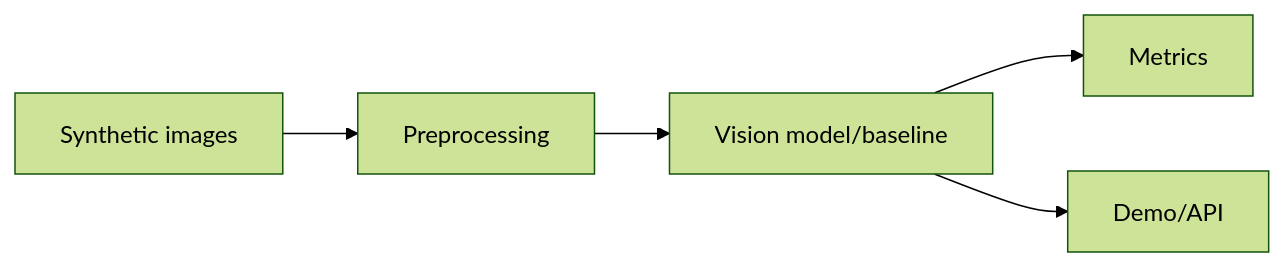
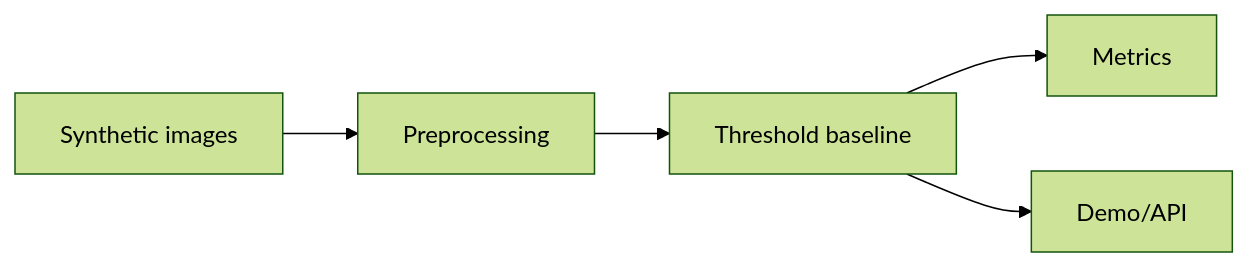
One commit to josiahsutd-stack/ai-portfolio changed the diagram in projects/deep-learning-vision-lab/README.md. Above: the diagram before and after it, drawn with Mermaid (forest theme). The commit also changed other lines of this file and 39 other files, not shown here.

````diff
--- a/projects/deep-learning-vision-lab/README.md
+++ b/projects/deep-learning-vision-lab/README.md
@@ -30,7 +30,7 @@
 ```mermaid
 flowchart LR
   A["Synthetic images"] --> B["Preprocessing"]
-  B --> C["Vision model/baseline"]
+  B --> C["Threshold baseline"]
   C --> D["Metrics"]
   C --> E["Demo/API"]
 ```
````
